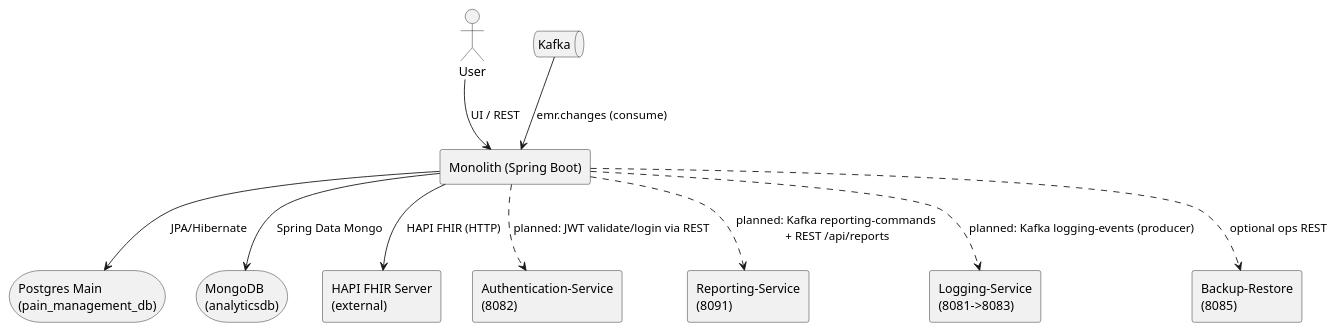
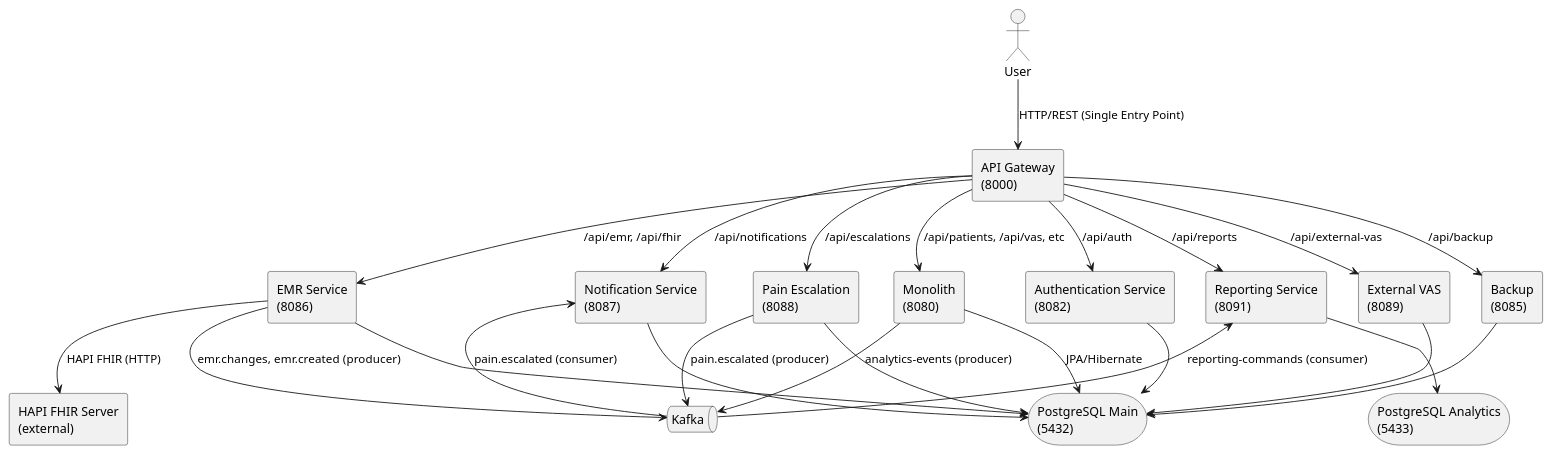
One commit to mr-Nick1988/pain-management-back changed the diagram in docs/02-architecture/diagrams/as_is_context.puml. Above: the diagram before and after it, drawn with PlantUML. The commit also changed 9 other files, not shown here.

First line of the commit message:
docs: comprehensive update - remove MongoDB, add API Gateway to all diagrams

```diff
--- a/docs/02-architecture/diagrams/as_is_context.puml
+++ b/docs/02-architecture/diagrams/as_is_context.puml
@@ -1,28 +1,48 @@
 @startuml
-' AS-IS Integration Context (26.12.2025)
+' Current Integration Context (2026-01-23)
 skinparam monochrome true
 skinparam componentStyle rectangle
 
 actor User
-component "Monolith (Spring Boot)" as Monolith
+component "API Gateway\n(8000)" as GATEWAY
+component "Monolith\n(8080)" as Monolith
 queue "Kafka" as Kafka
-storage "Postgres Main\n(pain_management_db)" as PG
-storage "MongoDB\n(analyticsdb)" as MONGO
+storage "PostgreSQL Main\n(5432)" as PG
+storage "PostgreSQL Analytics\n(5433)" as PG_ANALYTICS
 component "HAPI FHIR Server\n(external)" as FHIR
-component "Authentication-Service\n(8082)" as AUTH
-component "Reporting-Service\n(8091)" as REPORT
-component "Logging-Service\n(8081->8083)" as LOG
-component "Backup-Restore\n(8085)" as BACKUP
+component "Authentication Service\n(8082)" as AUTH
+component "EMR Service\n(8086)" as EMR
+component "Notification Service\n(8087)" as NOTIF
+component "Pain Escalation\n(8088)" as ESCALATION
+component "External VAS\n(8089)" as VAS
+component "Reporting Service\n(8091)" as REPORT
+component "Backup\n(8085)" as BACKUP
 
-User --> Monolith : UI / REST
+User --> GATEWAY : HTTP/REST (Single Entry Point)
+GATEWAY --> Monolith : /api/patients, /api/vas, etc
+GATEWAY --> AUTH : /api/auth
+GATEWAY --> EMR : /api/emr, /api/fhir
+GATEWAY --> NOTIF : /api/notifications
+GATEWAY --> ESCALATION : /api/escalations
+GATEWAY --> VAS : /api/external-vas
+GATEWAY --> REPORT : /api/reports
+GATEWAY --> BACKUP : /api/backup
+
 Monolith --> PG : JPA/Hibernate
-Monolith --> MONGO : Spring Data Mongo
-Kafka --> Monolith : emr.changes (consume)
-Monolith --> FHIR : HAPI FHIR (HTTP)
+AUTH --> PG
+EMR --> PG
+NOTIF --> PG
+ESCALATION --> PG
+VAS --> PG
+BACKUP --> PG
 
-' Planned/available, not wired from monolith yet
-Monolith ..> AUTH : planned: JWT validate/login via REST
-Monolith ..> REPORT : planned: Kafka reporting-commands\n + REST /api/reports
-Monolith ..> LOG : planned: Kafka logging-events (producer)
-Monolith ..> BACKUP : optional ops REST
+REPORT --> PG_ANALYTICS
+
+Monolith --> Kafka : analytics-events (producer)
+EMR --> Kafka : emr.changes, emr.created (producer)
+ESCALATION --> Kafka : pain.escalated (producer)
+REPORT <-- Kafka : reporting-commands (consumer)
+NOTIF <-- Kafka : pain.escalated (consumer)
+
+EMR --> FHIR : HAPI FHIR (HTTP)
 @enduml
```
